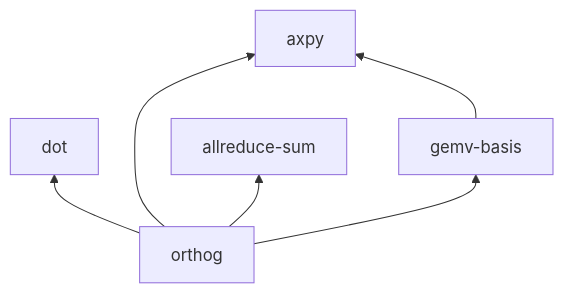
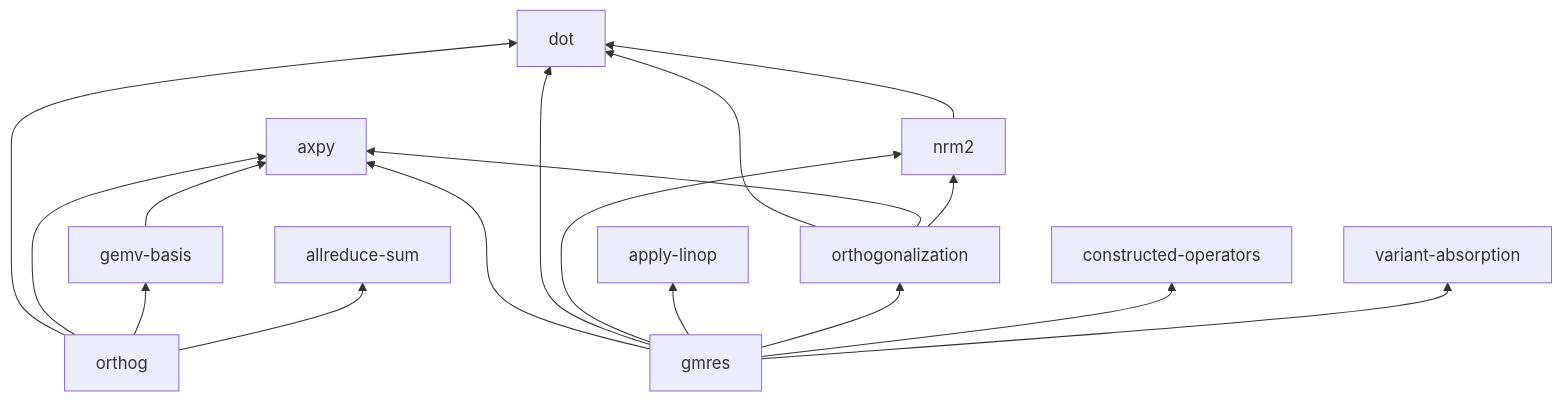
One commit to crutcher/palace_whiteroom changed the third of 3 diagrams in book/src/concepts/dependency-map.md. Above: the diagram before and after it, drawn with Mermaid. The commit also changed 6 other files, not shown here.

````diff
--- a/book/src/concepts/dependency-map.md
+++ b/book/src/concepts/dependency-map.md
@@ -46,8 +46,19 @@
 ```mermaid
 graph BT
   orthog --> dot
   orthog --> axpy
   orthog --> gemv-basis
   orthog --> allreduce-sum
   gemv-basis --> axpy
+  nrm2 --> dot
+  orthogonalization --> dot
+  orthogonalization --> axpy
+  orthogonalization --> nrm2
+  gmres --> axpy
+  gmres --> dot
+  gmres --> nrm2
+  gmres --> apply-linop
+  gmres --> orthogonalization
+  gmres --> constructed-operators
+  gmres --> variant-absorption
 ```
````
